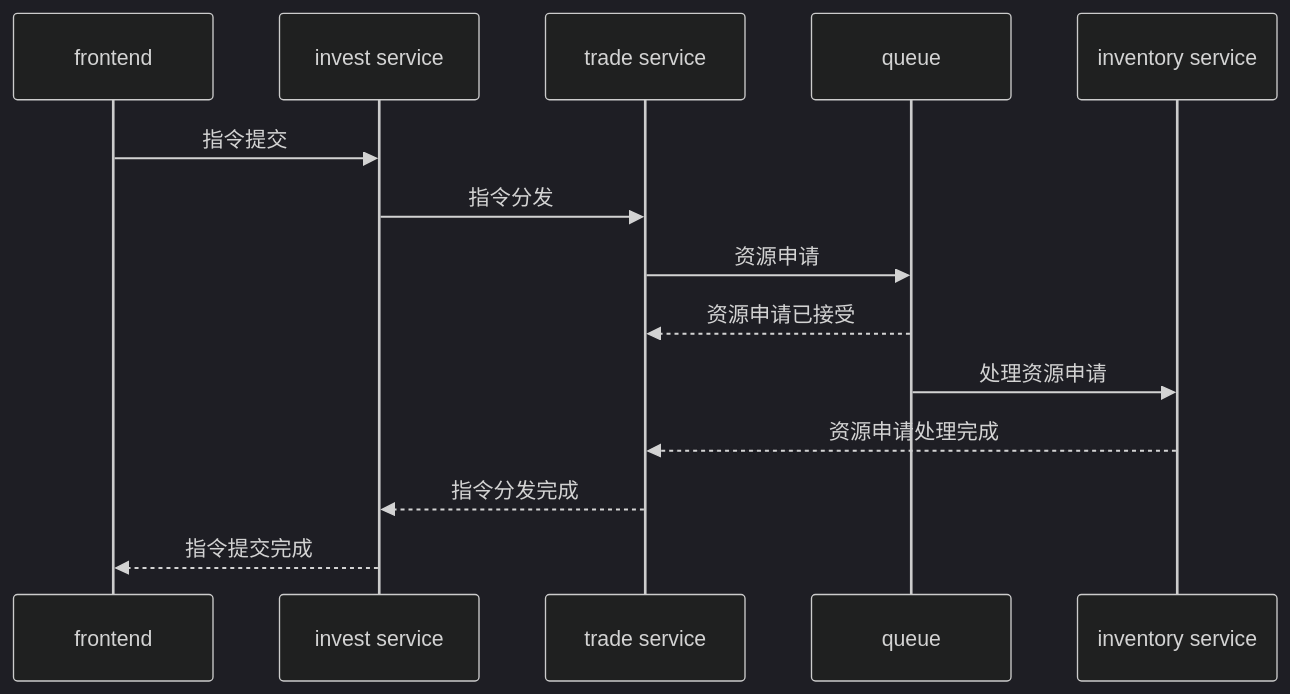
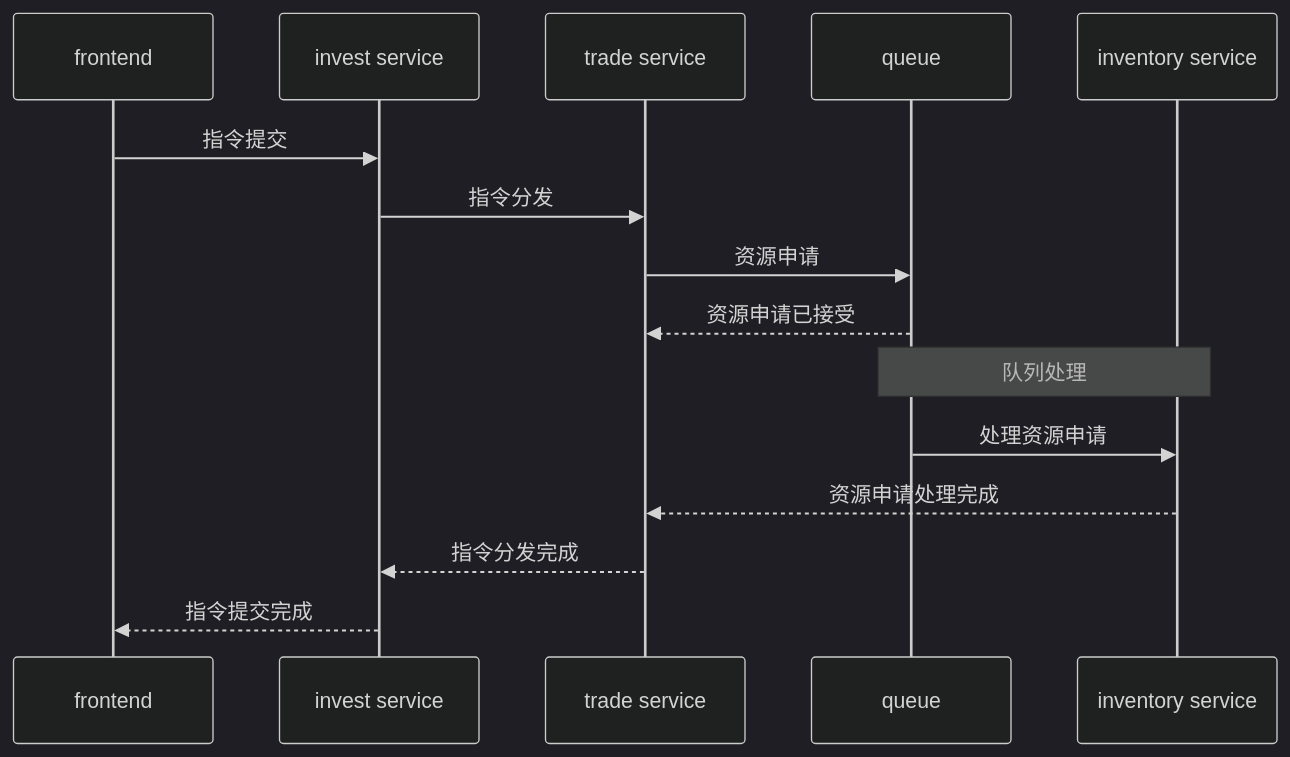
The second of 3 diagrams in docs/presentation.md (winsigns/InvestmentManagement), drawn with Mermaid (dark theme) before and after one commit. The commit also changed other lines of this file and 1 other file, not shown here.

````diff
--- a/docs/presentation.md
+++ b/docs/presentation.md
@@ -32,12 +73,12 @@
 ```mermaid
 sequenceDiagram
 	frontend ->> invest service: 指令提交
 	invest service ->> trade service: 指令分发
 	trade service ->> queue: 资源申请
 	queue -->> trade service: 资源申请已接受
+	Note over queue, inventory service: 队列处理
 	queue ->> inventory service: 处理资源申请
 	inventory service -->> trade service: 资源申请处理完成
 	trade service -->> invest service: 指令分发完成
 	invest service -->> frontend: 指令提交完成
-
 ```
````
